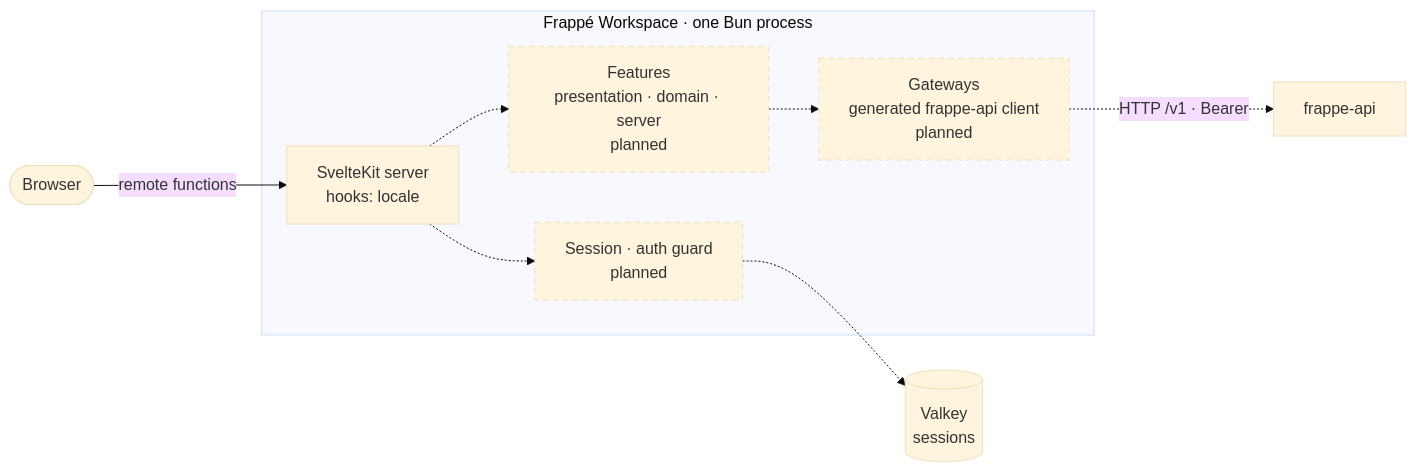
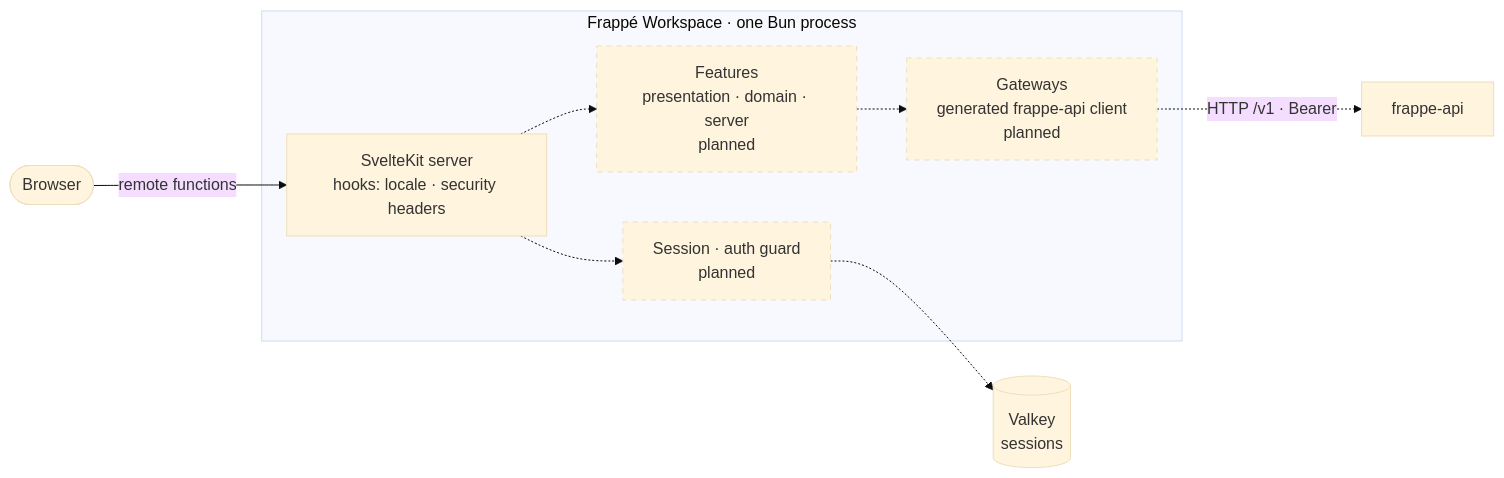
Before and after one commit to MathiasHilgert/frappe-workspace: the diagram in README.md, drawn with Mermaid (base theme). The commit also changed other lines of this file and 5 other files, not shown here.

First line of the commit message:
feat(server): send security headers and turn unexpected errors into safe responses (#6)

````diff
--- a/README.md
+++ b/README.md
@@ -23,20 +23,20 @@
 ```mermaid
 flowchart LR
   browser([Browser]) -->|remote functions| kit
 
   subgraph workspace[Frappé Workspace · one Bun process]
-    kit[SvelteKit server<br/>hooks: locale]
+    kit[SvelteKit server<br/>hooks: locale · security headers]
     auth[Session · auth guard<br/>planned]
     features[Features<br/>presentation · domain · server<br/>planned]
     gateway[Gateways<br/>generated frappe-api client<br/>planned]
     kit -.-> auth
     kit -.-> features
     features -.-> gateway
   end
 
   auth -.-> valkey[(Valkey<br/>sessions)]
   gateway -.->|HTTP /v1 · Bearer| api[frappe-api]
 
   classDef planned stroke-dasharray: 5 5
   class auth,features,gateway planned
 ```
````
